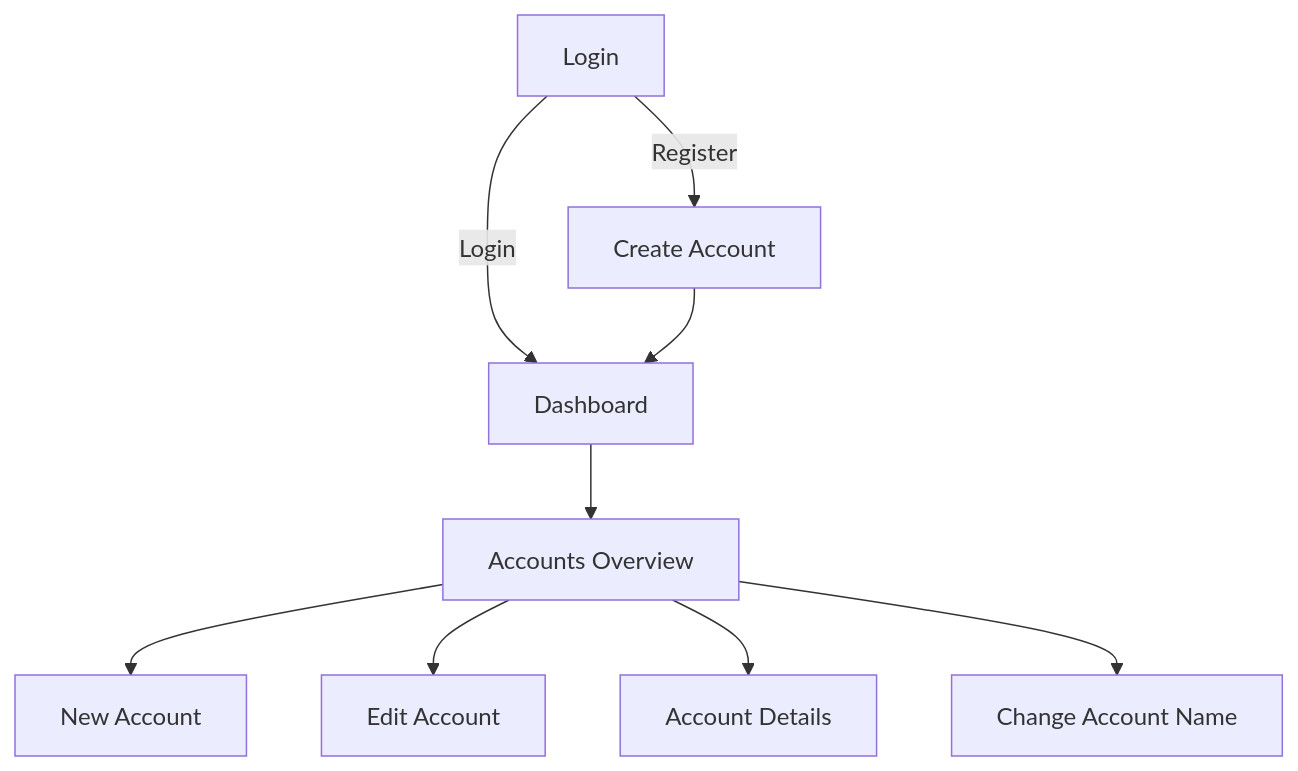
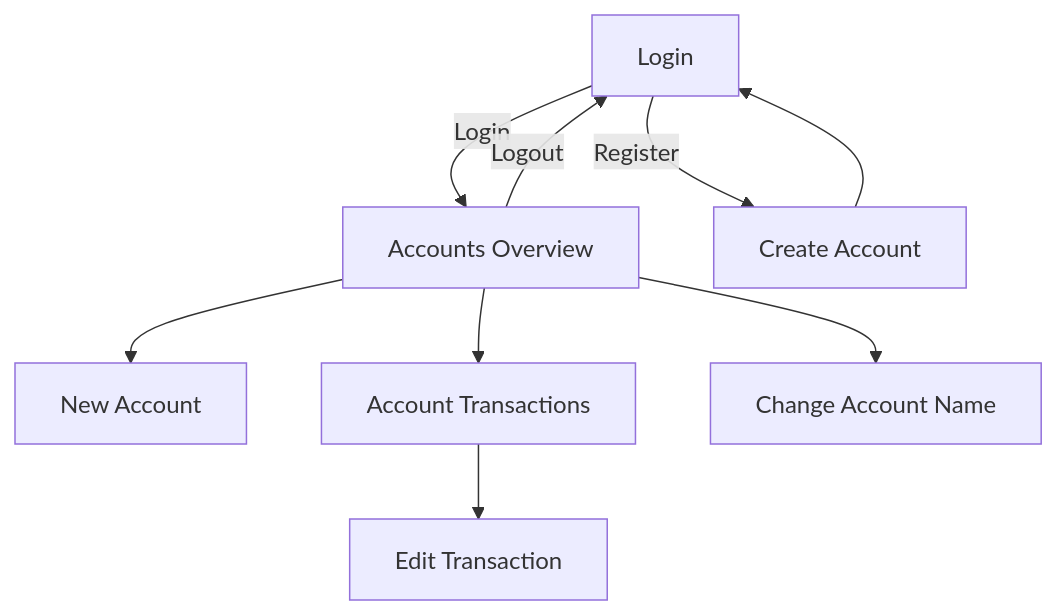
The first of 2 diagrams in dokumentaatio/vaatimusmaarittely.md (matiashei/ot-harjoitustyo), drawn with Mermaid before and after one commit. The commit also changed other lines of this file, not shown here.

First line of the commit message:
Revise user interface section and flowchart

````diff
--- a/dokumentaatio/vaatimusmaarittely.md
+++ b/dokumentaatio/vaatimusmaarittely.md
@@ -16,13 +16,11 @@
 ```mermaid
 flowchart TD
-
-A[Login] -->|Login| C[Dashboard]
+A[Login] -->|Login| D[Accounts Overview]
 A -->|Register| B[Create Account]
-B --> C
-
-C --> D[Accounts Overview]
+B--> A
 D --> E[New Account]
-D --> F[Edit Account]
-D --> G[Account Details]
+D --> G[Account Transactions]
 D --> H[Change Account Name]
+G --> I[Edit Transaction]
+D -->|Logout|A
 ```
````
